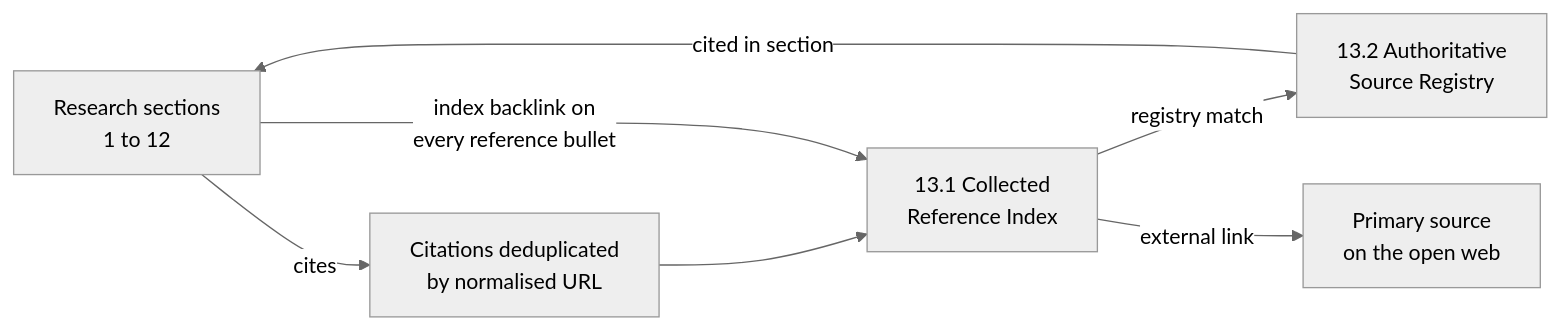
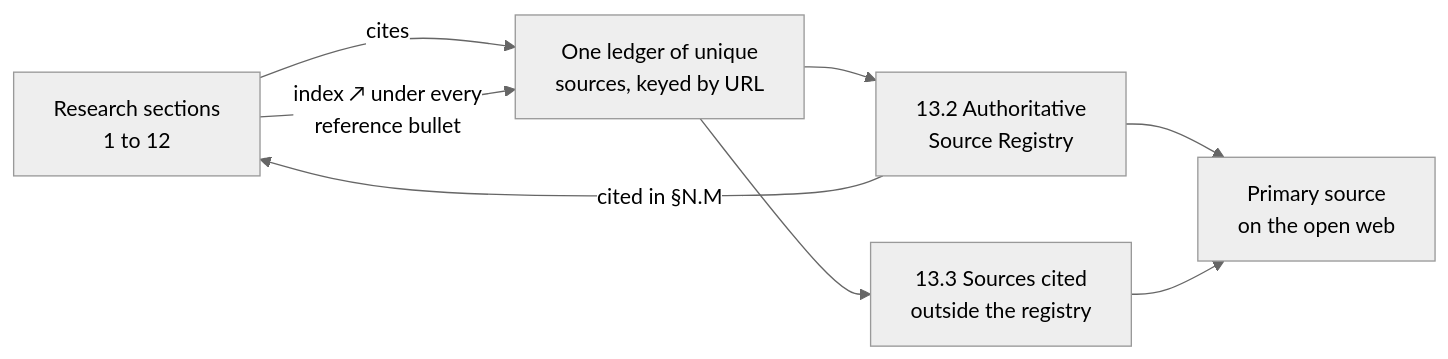
The diagram in W/w1/isr2/src/content/docs/13-references/index.md (wezbest/IzRez-1), drawn with Mermaid (neutral theme) before and after one commit. The commit also changed other lines of this file and 33 other files, not shown here.

````diff
--- a/W/w1/isr2/src/content/docs/13-references/index.md
+++ b/W/w1/isr2/src/content/docs/13-references/index.md
@@ -42,9 +40,10 @@
 ```mermaid
 graph LR
-    A["Research sections<br/>1 to 12"] -->|cites| B["Citations deduplicated<br/>by normalised URL"]
-    B --> C["13.1 Collected<br/>Reference Index"]
-    A -->|"index backlink on<br/>every reference bullet"| C
-    C -->|"registry match"| D["13.2 Authoritative<br/>Source Registry"]
-    D -->|"cited in section"| A
-    C -->|external link| E["Primary source<br/>on the open web"]
+    A["Research sections<br/>1 to 12"] -->|cites| B["One ledger of unique<br/>sources, keyed by URL"]
+    A -->|"index ↗ under every<br/>reference bullet"| B
+    B --> C["13.2 Authoritative<br/>Source Registry"]
+    B --> D["13.3 Sources cited<br/>outside the registry"]
+    C -->|"cited in §N.M"| A
+    C --> E["Primary source<br/>on the open web"]
+    D --> E
 ```
````
